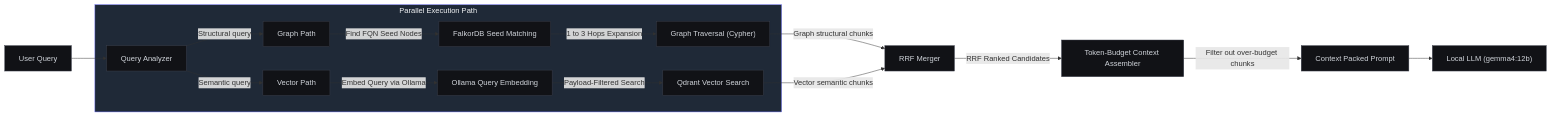
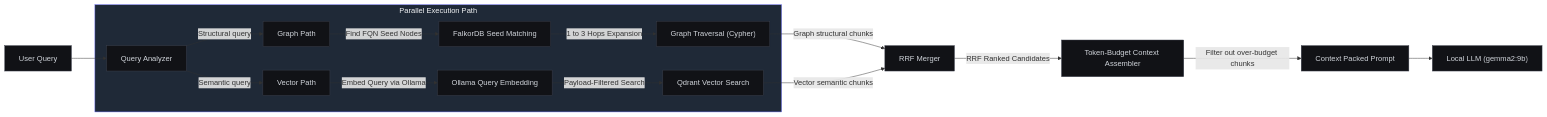
The third of 3 diagrams in docs/architecture.md (trantienduat/hybrid-RAG), drawn with Mermaid before and after one commit. The commit also changed other lines of this file and 19 other files, not shown here.

````diff
--- a/docs/architecture.md
+++ b/docs/architecture.md
@@ -140,28 +140,28 @@
 ```mermaid
 graph LR
     %% Styling
     classDef default fill:#111216,stroke:#3b3f4c,stroke-width:1px,color:#d1d5db;
     classDef pipeline fill:#1f2937,stroke:#6366f1,stroke-width:1px,color:#f3f4f6;
 
     Query["User Query"] --> Analyzer["Query Analyzer"]
     
     subgraph ParallelPath ["Parallel Execution Path"]
         Analyzer --> |Structural query| GraphPath["Graph Path"]
         Analyzer --> |Semantic query| VectorPath["Vector Path"]
         
         GraphPath --> |Find FQN Seed Nodes| SeedSearch["FalkorDB Seed Matching"]
         SeedSearch --> |1 to 3 Hops Expansion| GraphTraversal["Graph Traversal (Cypher)"]
         
         VectorPath --> |Embed Query via Ollama| QueryEmbed["Ollama Query Embedding"]
         QueryEmbed --> |Payload-Filtered Search| VectorSearch["Qdrant Vector Search"]
     end
     
     GraphTraversal --> |Graph structural chunks| RRF["RRF Merger"]
     VectorSearch --> |Vector semantic chunks| RRF
     
     RRF --> |RRF Ranked Candidates| BudgetAssembler["Token-Budget Context Assembler"]
     BudgetAssembler --> |Filter out over-budget chunks| PackedContext["Context Packed Prompt"]
-    PackedContext --> LLM["Local LLM (gemma4:12b)"]
+    PackedContext --> LLM["Local LLM (gemma2:9b)"]
 
     class ParallelPath pipeline;
 ```
````
